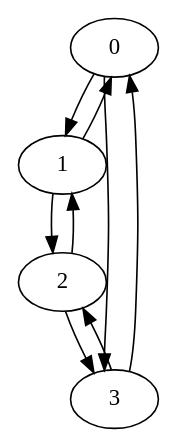
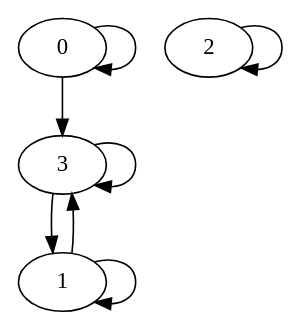
Before and after one commit to gnodvi/compot: the diagram in src/lisper/b-gra.dot, drawn with Graphviz. The commit also changed 22 other files, not shown here.

```diff
--- a/src/lisper/b-gra.dot
+++ b/src/lisper/b-gra.dot
@@ -1,11 +1,10 @@
 
 digraph abstract { 
-   0 ->  1 
+   0 ->  0 
    0 ->  3 
-   1 ->  0 
-   1 ->  2 
-   2 ->  1 
-   2 ->  3 
-   3 ->  0 
-   3 ->  2 
+   1 ->  1 
+   1 ->  3 
+   2 ->  2 
+   3 ->  1 
+   3 ->  3 
  } 
```
